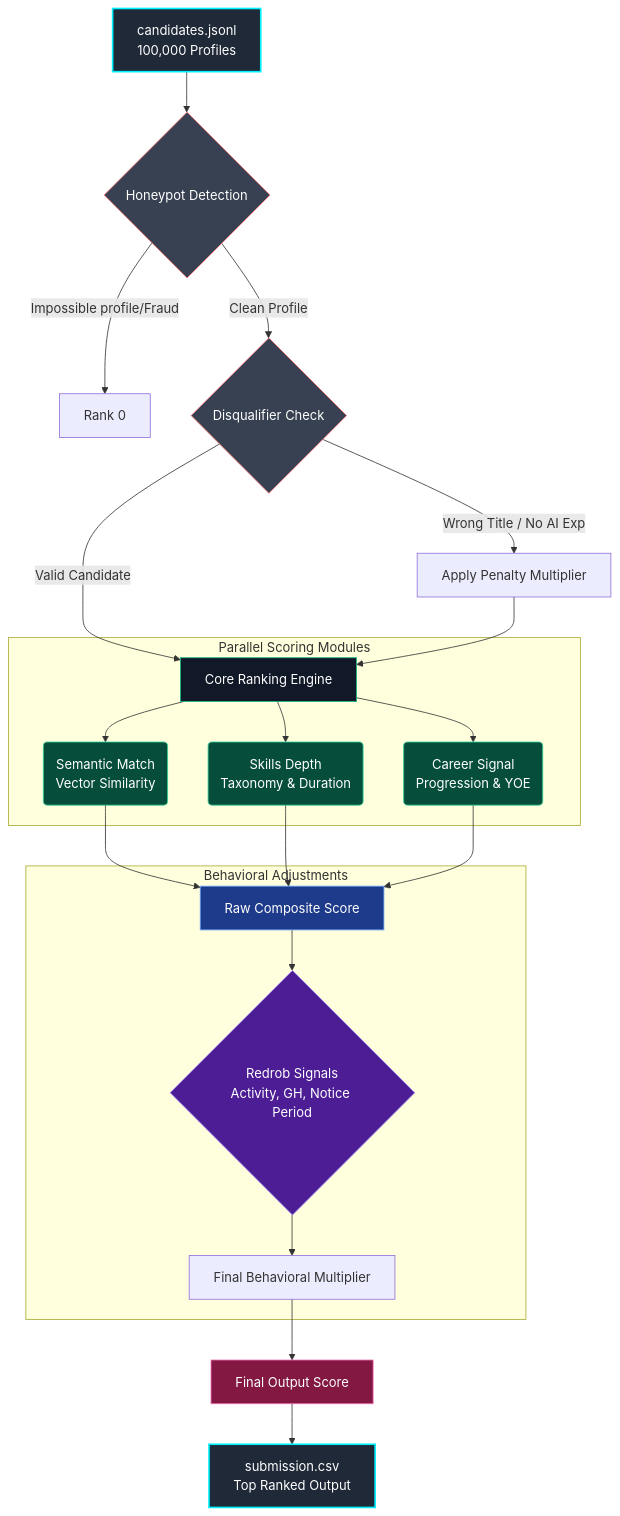
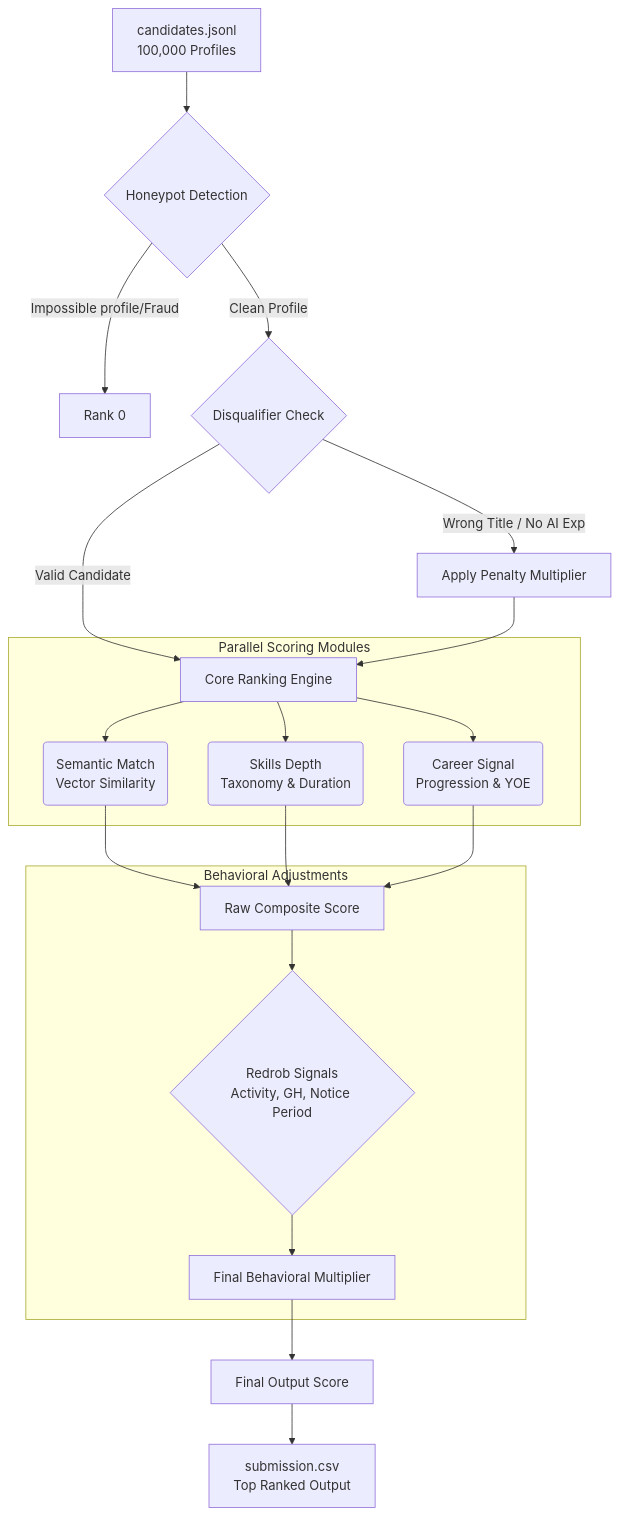
Before and after one commit to anilchowdary07/Candidate-Discovery-AI-: the diagram in README.md, drawn with Mermaid.

Commit message:
style: Make architecture diagram monochrome to match presentation

````diff
--- a/README.md
+++ b/README.md
@@ -42,41 +42,29 @@
 ```mermaid
 graph TD
     A[candidates.jsonl<br/>100,000 Profiles] --> B{Honeypot Detection}
     B -- Impossible profile/Fraud --> Z[Rank 0]
     B -- Clean Profile --> C{Disqualifier Check}
     
     C -- Wrong Title / No AI Exp --> Y[Apply Penalty Multiplier]
     C -- Valid Candidate --> D[Core Ranking Engine]
     Y --> D
     
     subgraph "Parallel Scoring Modules"
     D --> E(Semantic Match<br/>Vector Similarity)
     D --> F(Skills Depth<br/>Taxonomy & Duration)
     D --> G(Career Signal<br/>Progression & YOE)
     end
     
     E --> H[Raw Composite Score]
     F --> H
     G --> H
     
     subgraph "Behavioral Adjustments"
     H --> I{Redrob Signals<br/>Activity, GH, Notice Period}
     I --> J[Final Behavioral Multiplier]
     end
     
     J --> K[Final Output Score]
     
     K --> L[submission.csv<br/>Top Ranked Output]
-    
-    style A fill:#1f2937,stroke:#00f0ff,stroke-width:2px,color:#fff
-    style L fill:#1f2937,stroke:#00f0ff,stroke-width:2px,color:#fff
-    style B fill:#374151,stroke:#f87171,color:#fff
-    style C fill:#374151,stroke:#f87171,color:#fff
-    style D fill:#111827,stroke:#10b981,color:#fff
-    style E fill:#064e3b,stroke:#34d399,color:#fff
-    style F fill:#064e3b,stroke:#34d399,color:#fff
-    style G fill:#064e3b,stroke:#34d399,color:#fff
-    style H fill:#1e3a8a,stroke:#60a5fa,color:#fff
-    style I fill:#4c1d95,stroke:#a78bfa,color:#fff
-    style K fill:#831843,stroke:#f472b6,color:#fff
 ```
````
